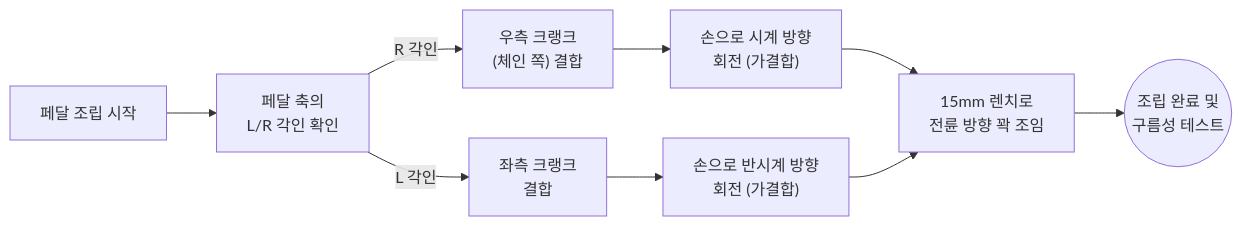
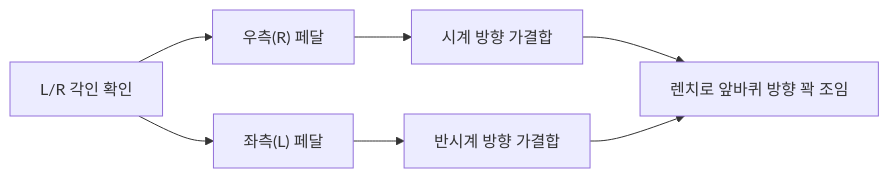
One commit to Rinology/xtron-manual changed the diagram in src/data/markdown/basic/pedal.md. Above: the diagram before and after it, drawn with Mermaid. The commit also changed other lines of this file, not shown here.

````diff
--- a/src/data/markdown/basic/pedal.md
+++ b/src/data/markdown/basic/pedal.md
@@ -87,18 +69,11 @@
 ```mermaid
 graph LR
-    Start["페달 조립 시작"]
-    CheckLR["페달 축의<br>L/R 각인 확인"]
+    Start["L/R 각인 확인"] --> Right["우측(R) 페달"]
+    Start --> Left["좌측(L) 페달"]
     
-    Start --> CheckLR
+    Right --> RightTurn["시계 방향 가결합"]
+    Left --> LeftTurn["반시계 방향 가결합"]
     
-    CheckLR -- "R 각인" --> Right["우측 크랭크<br>(체인 쪽) 결합"]
-    CheckLR -- "L 각인" --> Left["좌측 크랭크<br>결합"]
-    
-    Right --> RightTurn["손으로 시계 방향<br>회전 (가결합)"]
-    Left --> LeftTurn["손으로 반시계 방향<br>회전 (가결합)"]
-    
-    RightTurn --> Wrench["15mm 렌치로<br>전륜 방향 꽉 조임"]
+    RightTurn --> Wrench["렌치로 앞바퀴 방향 꽉 조임"]
     LeftTurn --> Wrench
-    
-    Wrench --> Done(("조립 완료 및<br>구름성 테스트"))
 ```
````
